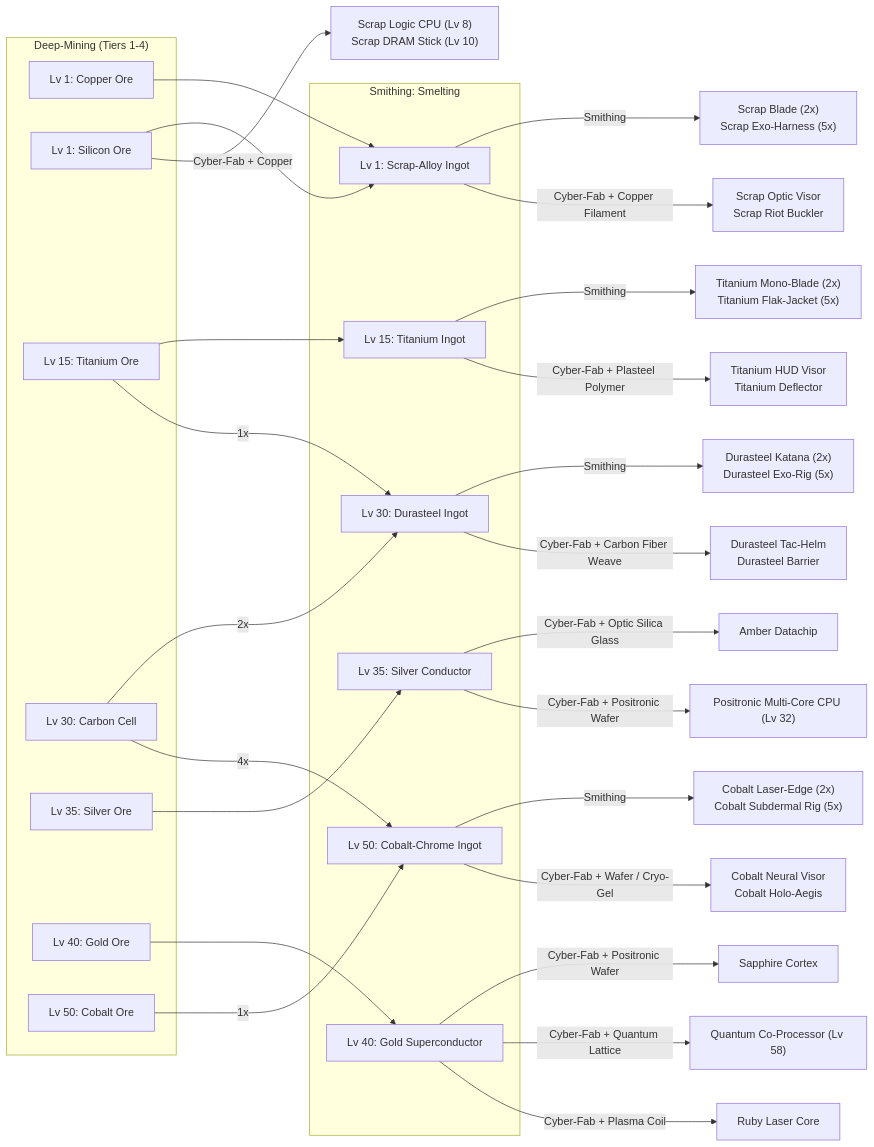
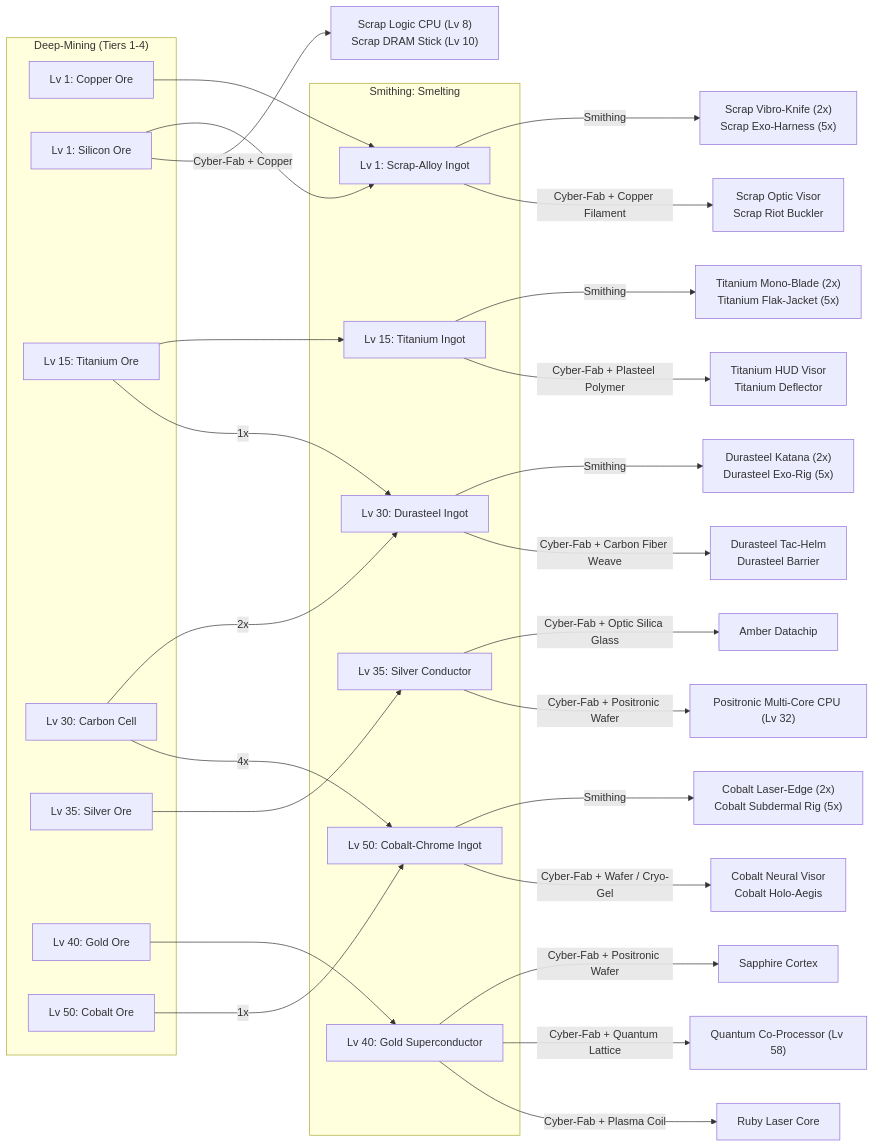
One commit to Mizux/routineverse changed the third of 5 diagrams in docs/logistics.md. Above: the diagram before and after it, drawn with Mermaid. The commit also changed 9 other files, not shown here.

````diff
--- a/docs/logistics.md
+++ b/docs/logistics.md
@@ -127,49 +127,49 @@
 ```mermaid
 flowchart LR
   subgraph Ores1["Deep-Mining (Tiers 1-4)"]
     O_CU["Lv 1: Copper Ore"]
     O_SI["Lv 1: Silicon Ore"]
     O_TI["Lv 15: Titanium Ore"]
     O_CC["Lv 30: Carbon Cell"]
     O_AG["Lv 35: Silver Ore"]
     O_AU["Lv 40: Gold Ore"]
     O_CO["Lv 50: Cobalt Ore"]
   end
 
   subgraph Ingots1["Smithing: Smelting"]
     A_SC["Lv 1: Scrap-Alloy Ingot"]
     A_TI["Lv 15: Titanium Ingot"]
     A_DU["Lv 30: Durasteel Ingot"]
     A_AG["Lv 35: Silver Conductor"]
     A_AU["Lv 40: Gold Superconductor"]
     A_CO["Lv 50: Cobalt-Chrome Ingot"]
   end
 
   O_CU & O_SI --> A_SC
   O_SI -->|"Cyber-Fab + Copper"| HW_T1["Scrap Logic CPU (Lv 8)<br/>Scrap DRAM Stick (Lv 10)"]
   O_TI --> A_TI
   O_TI -->|"1x"| A_DU
   O_CC -->|"2x"| A_DU
   O_AG --> A_AG
   O_AU --> A_AU
   O_CO -->|"1x"| A_CO
   O_CC -->|"4x"| A_CO
 
-  A_SC -->|"Smithing"| G_SC["Scrap Blade (2x)<br/>Scrap Exo-Harness (5x)"]
+  A_SC -->|"Smithing"| G_SC["Scrap Vibro-Knife (2x)<br/>Scrap Exo-Harness (5x)"]
   A_SC -->|"Cyber-Fab + Copper Filament"| F_SC["Scrap Optic Visor<br/>Scrap Riot Buckler"]
 
   A_TI -->|"Smithing"| G_TI["Titanium Mono-Blade (2x)<br/>Titanium Flak-Jacket (5x)"]
   A_TI -->|"Cyber-Fab + Plasteel Polymer"| F_TI["Titanium HUD Visor<br/>Titanium Deflector"]
 
   A_DU -->|"Smithing"| G_DU["Durasteel Katana (2x)<br/>Durasteel Exo-Rig (5x)"]
   A_DU -->|"Cyber-Fab + Carbon Fiber Weave"| F_DU["Durasteel Tac-Helm<br/>Durasteel Barrier"]
 
   A_AG -->|"Cyber-Fab + Optic Silica Glass"| C_AMB["Amber Datachip"]
   A_AG -->|"Cyber-Fab + Positronic Wafer"| HW_CPU2["Positronic Multi-Core CPU (Lv 32)"]
   A_AU -->|"Cyber-Fab + Positronic Wafer"| C_SAP["Sapphire Cortex"]
   A_AU -->|"Cyber-Fab + Quantum Lattice"| HW_CPU3["Quantum Co-Processor (Lv 58)"]
   A_AU -->|"Cyber-Fab + Plasma Coil"| C_RUB["Ruby Laser Core"]
 
   A_CO -->|"Smithing"| G_CO["Cobalt Laser-Edge (2x)<br/>Cobalt Subdermal Rig (5x)"]
   A_CO -->|"Cyber-Fab + Wafer / Cryo-Gel"| F_CO["Cobalt Neural Visor<br/>Cobalt Holo-Aegis"]
 ```
````
